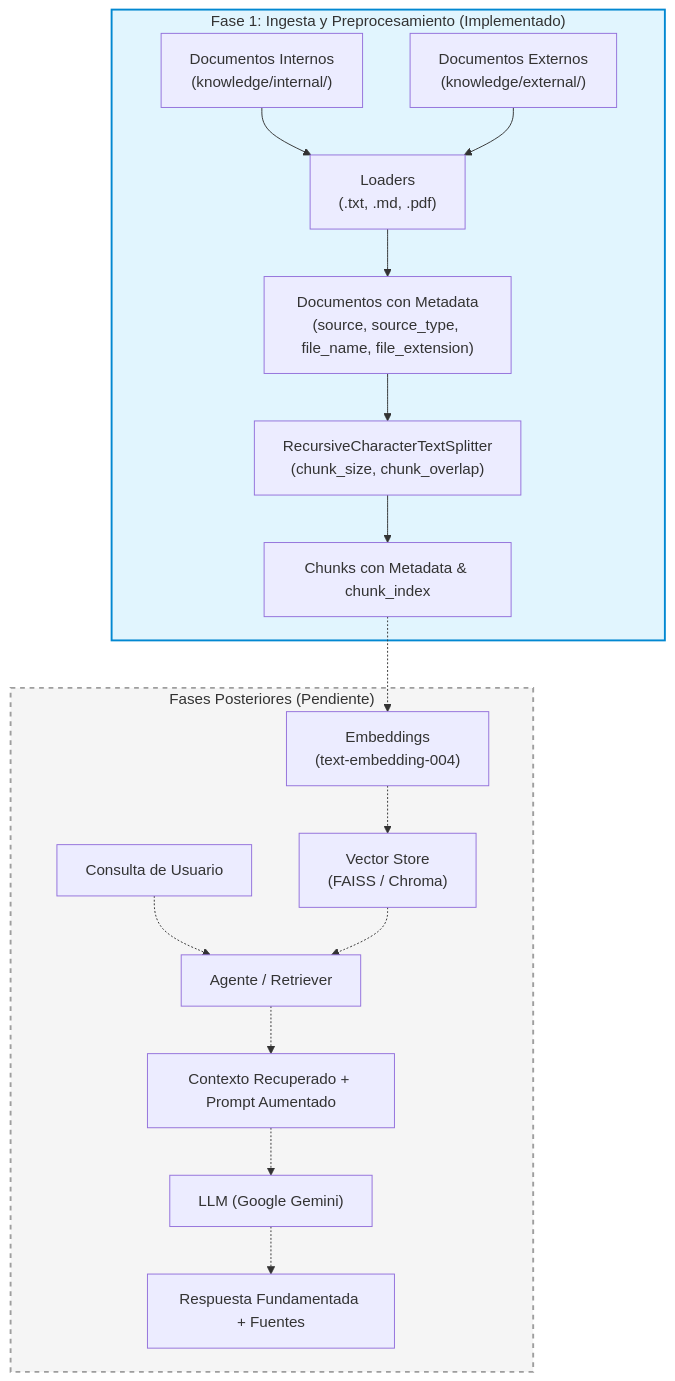
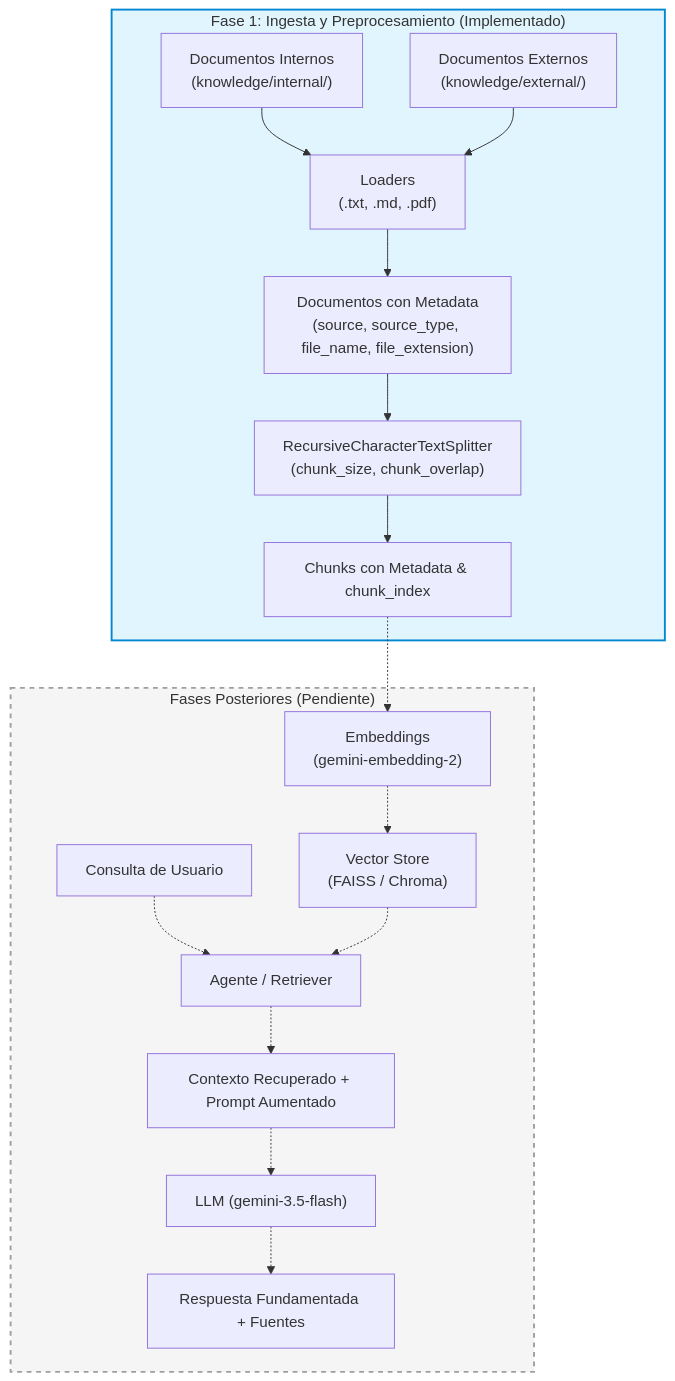
Before and after one commit to HikariLucy/Knowledge-RAG: the diagram in README.md, drawn with Mermaid. The commit also changed other lines of this file and 7 other files, not shown here.

````diff
--- a/README.md
+++ b/README.md
@@ -51,23 +52,23 @@
 ```mermaid
 flowchart TD
     subgraph Fase_1["Fase 1: Ingesta y Preprocesamiento (Implementado)"]
         A["Documentos Internos\n(knowledge/internal/)"] --> C["Loaders\n(.txt, .md, .pdf)"]
         B["Documentos Externos\n(knowledge/external/)"] --> C
         C --> D["Documentos con Metadata\n(source, source_type, file_name, file_extension)"]
         D --> E["RecursiveCharacterTextSplitter\n(chunk_size, chunk_overlap)"]
         E --> F["Chunks con Metadata & chunk_index"]
     end
 
     subgraph Fase_Posterior["Fases Posteriores (Pendiente)"]
-        F -.-> G["Embeddings\n(text-embedding-004)"]
+        F -.-> G["Embeddings\n(gemini-embedding-2)"]
         G -.-> H["Vector Store\n(FAISS / Chroma)"]
         I["Consulta de Usuario"] -.-> J["Agente / Retriever"]
         H -.-> J
         J -.-> K["Contexto Recuperado + Prompt Aumentado"]
-        K -.-> L["LLM (Google Gemini)"]
+        K -.-> L["LLM (gemini-3.5-flash)"]
         L -.-> M["Respuesta Fundamentada + Fuentes"]
     end
 
     style Fase_1 fill:#e1f5fe,stroke:#0288d1,stroke-width:2px
     style Fase_Posterior fill:#f5f5f5,stroke:#9e9e9e,stroke-width:2px,stroke-dasharray: 5 5
 ```
````
